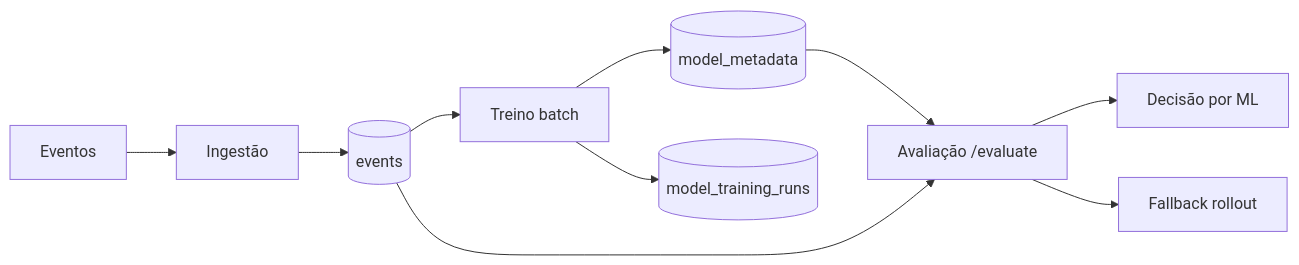
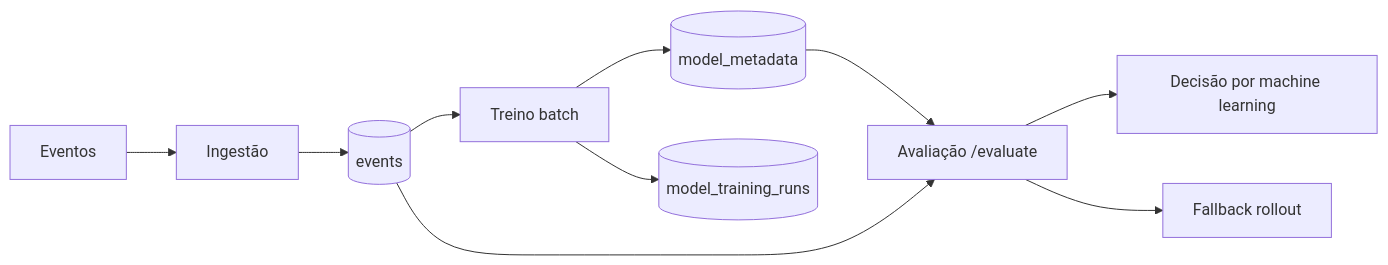
The diagram in docs/implementation/ml-decision-flow-in-depth.md (MariaCarolinass/adaptive-feature-flags), drawn with Mermaid before and after one commit. The commit also changed 15 other files, not shown here.

Commit message:
Refactor documentation structure and terminology for clarity; update references to A/B experiments and machine learning throughout various sections.

````diff
--- a/docs/implementation/ml-decision-flow-in-depth.md
+++ b/docs/implementation/ml-decision-flow-in-depth.md
@@ -14,12 +14,12 @@
 ```mermaid
 flowchart LR
     A[Eventos] --> B[Ingestão]
     B --> C[(events)]
     C --> D[Treino batch]
     D --> E[(model_metadata)]
     D --> F[(model_training_runs)]
     E --> G[Avaliação /evaluate]
     C --> G
-    G --> H[Decisão por ML]
+G --> H[Decisão por machine learning]
     G --> I[Fallback rollout]
 ```
````
